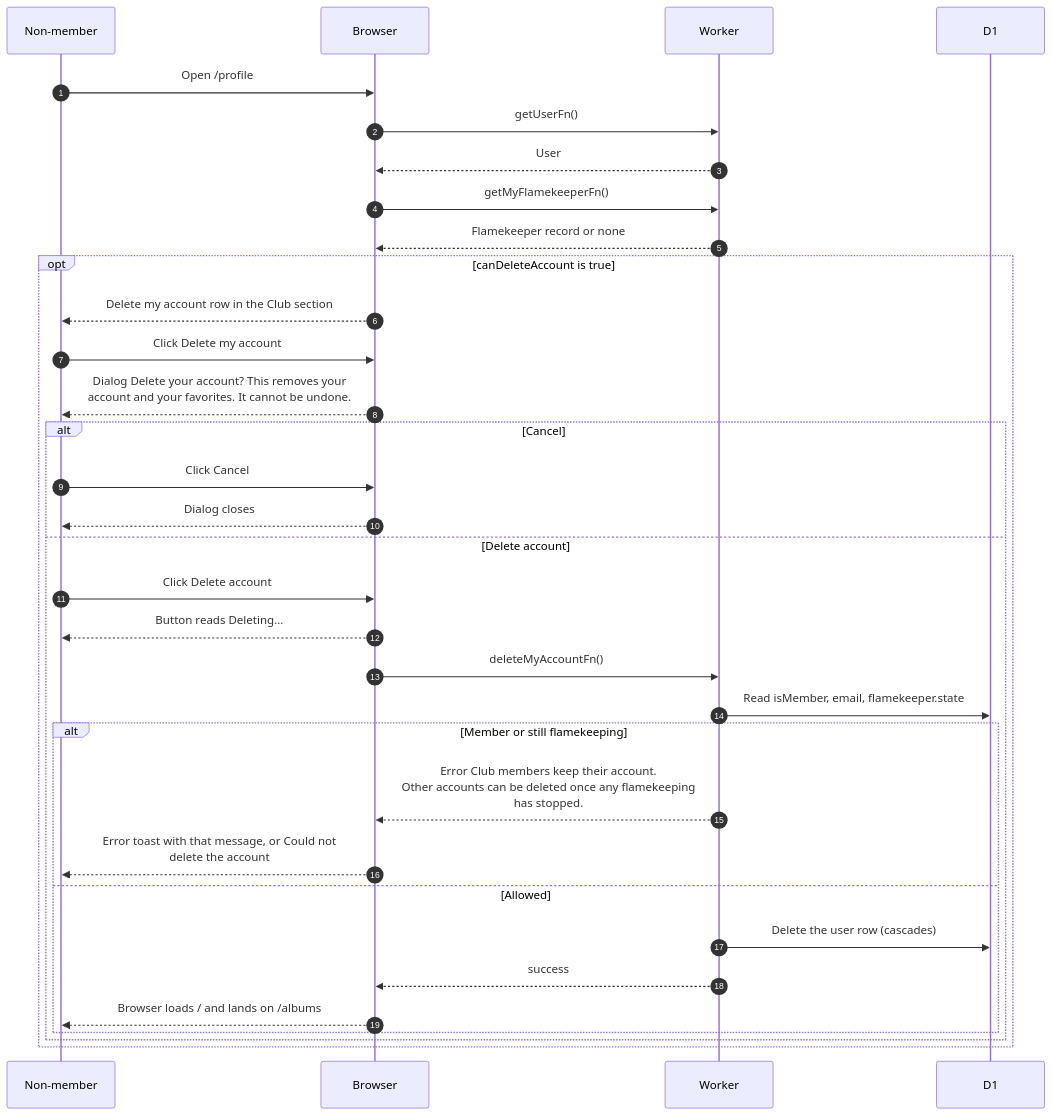
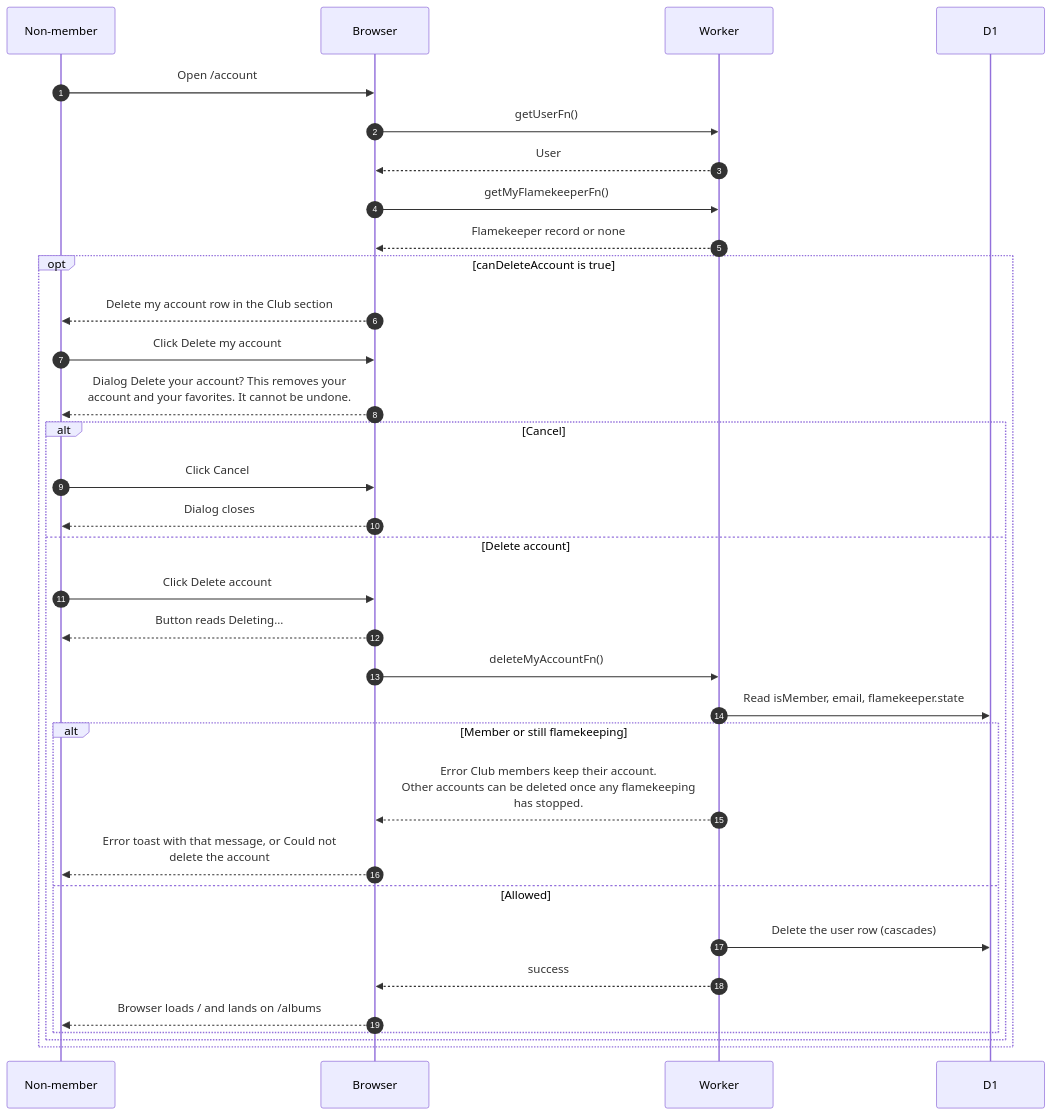
One commit to sagyzdop/meriksirat changed the diagram in docs/scenarios/account/delete-account.md. Above: the diagram before and after it, drawn with Mermaid. The commit also changed other lines of this file and 157 other files, not shown here.

````diff
--- a/docs/scenarios/account/delete-account.md
+++ b/docs/scenarios/account/delete-account.md
@@ -24,35 +25,35 @@
 ```mermaid
 sequenceDiagram
     autonumber
     participant P as Non-member
     participant B as Browser
     participant W as Worker
     participant D as D1
-    P->>B: Open /profile
+    P->>B: Open /account
     B->>W: getUserFn()
     W-->>B: User
     B->>W: getMyFlamekeeperFn()
     W-->>B: Flamekeeper record or none
     opt canDeleteAccount is true
         B-->>P: Delete my account row in the Club section
         P->>B: Click Delete my account
         B-->>P: Dialog Delete your account? This removes your<br/>account and your favorites. It cannot be undone.
         alt Cancel
             P->>B: Click Cancel
             B-->>P: Dialog closes
         else Delete account
             P->>B: Click Delete account
             B-->>P: Button reads Deleting...
             B->>W: deleteMyAccountFn()
             W->>D: Read isMember, email, flamekeeper.state
             alt Member or still flamekeeping
                 W-->>B: Error Club members keep their account.<br/>Other accounts can be deleted once any flamekeeping<br/>has stopped.
                 B-->>P: Error toast with that message, or Could not<br/>delete the account
             else Allowed
                 W->>D: Delete the user row (cascades)
                 W-->>B: success
                 B-->>P: Browser loads / and lands on /albums
             end
         end
     end
 ```
````
